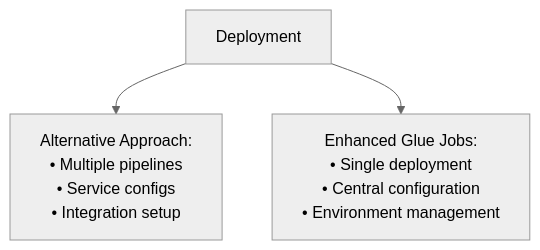
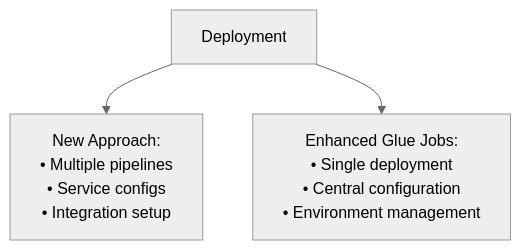
Diagram 16 of 17 in mermaid.md (veronelazio/wezterm), drawn with Mermaid (neutral theme) before and after one commit. The commit also changed other lines of this file, not shown here.

````diff
--- a/mermaid.md
+++ b/mermaid.md
@@ -145,5 +145,5 @@
 ```mermaid
 flowchart TD
-    N1["Deployment"] --> N2["Alternative Approach:<br/>• Multiple pipelines<br/>• Service configs<br/>• Integration setup"]
+    N1["Deployment"] --> N2["New Approach:<br/>• Multiple pipelines<br/>• Service configs<br/>• Integration setup"]
     N1 --> N3["Enhanced Glue Jobs:<br/>• Single deployment<br/>• Central configuration<br/>• Environment management"]
 ```
````
